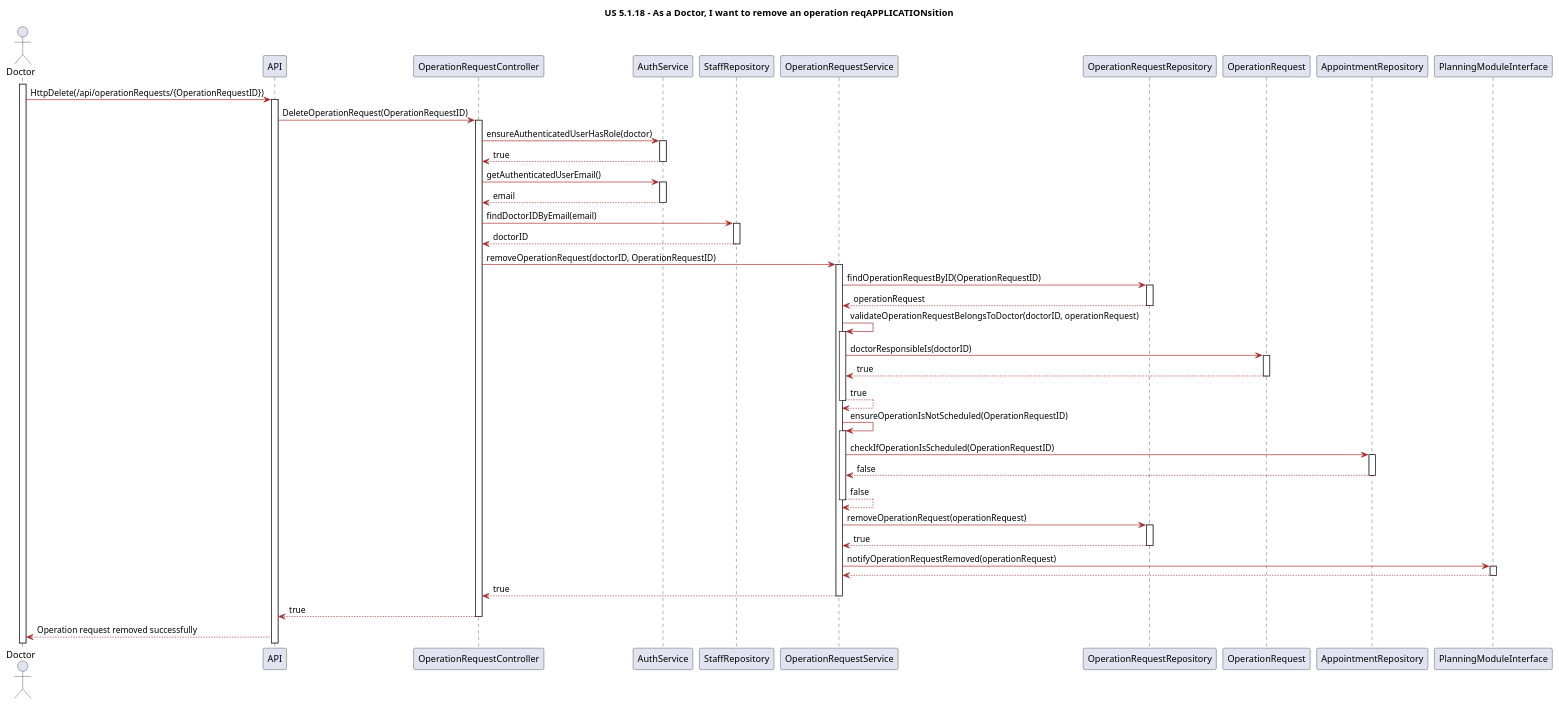
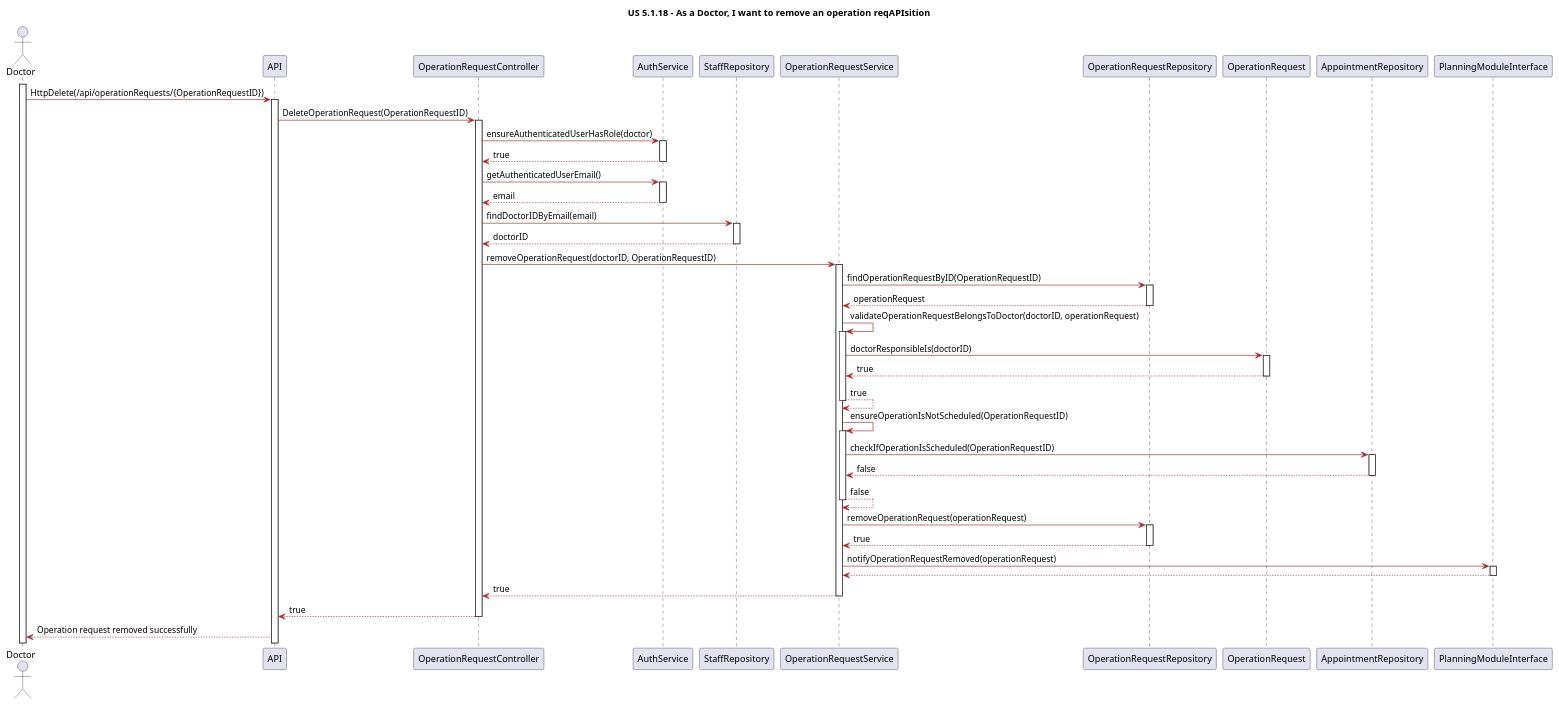
Before and after one commit to LAPR5-043/sem_5_24_25_043: the diagram in Docs/Sprint1/UserStories/LAPR5/us5118/design/puml/sequence-diagram.puml, drawn with PlantUML. The commit also changed 28 other files, not shown here.

```diff
--- a/Docs/Sprint1/UserStories/LAPR5/us5118/design/puml/sequence-diagram.puml
+++ b/Docs/Sprint1/UserStories/LAPR5/us5118/design/puml/sequence-diagram.puml
@@ -1,165 +1,165 @@
 @startuml
 
 
-title US 5.1.18 - As a Doctor, I want to remove an operation reqAPPLICATIONsition
+title US 5.1.18 - As a Doctor, I want to remove an operation reqAPIsition
 
 skinparam classAttributeIconSize 0
 
 skinparam class {
     LifeLineBorderColor DodgerBlue
-    LifeLineBackgroundColor APPLICATION
+    LifeLineBackgroundColor API
     BackgroundColor LemonChiffon
     ArrowColor Brown
     BorderColor SaddleBrown
 }
 
 skinparam packageStyle rectangle
 
 skinparam card {
     LifeLineBorderColor DodgerBlue
-    LifeLineBackgroundColor APPLICATION
+    LifeLineBackgroundColor API
     BackgroundColor LemonChiffon
     ArrowColor Brown
     BorderColor SaddleBrown
 }
 
 actor "Doctor" as Doctor
 
-participant "API" as APPLICATION
+participant "API" as API
 participant "OperationRequestController" as ORC
 participant "AuthService" as AS
 participant "StaffRepository" as SR
 participant "OperationRequestService" as ORS
 participant "OperationRequestRepository" as ORR
 participant "OperationRequest" as OR
 participant "AppointmentRepository" as AR
 participant "PlanningModuleInterface" as PMI
 
 
 activate Doctor
 
-Doctor -> APPLICATION: HttpDelete(/api/operationRequests/{OperationRequestID})
+Doctor -> API: HttpDelete(/api/operationRequests/{OperationRequestID})
 
-activate APPLICATION
+activate API
 
-APPLICATION -> ORC: DeleteOperationRequest(OperationRequestID)
+API -> ORC: DeleteOperationRequest(OperationRequestID)
 
 activate ORC
 
 ORC -> AS: ensureAuthenticatedUserHasRole(doctor)
 
 activate AS
 
 AS --> ORC: true
 
 deactivate AS
 
 ORC -> AS: getAuthenticatedUserEmail()
 
 activate AS
 
 AS --> ORC: email
 
 deactivate AS
 
 ORC -> SR: findDoctorIDByEmail(email)
 
 activate SR
 
 SR --> ORC: doctorID
 
 deactivate SR
 
 ORC -> ORS: removeOperationRequest(doctorID, OperationRequestID)
 
 activate ORS
 
 ORS -> ORR: findOperationRequestByID(OperationRequestID)
 
 activate ORR
 
 ORR --> ORS: operationRequest
 
 deactivate ORR
 
 ORS -> ORS: validateOperationRequestBelongsToDoctor(doctorID, operationRequest)
 
 activate ORS
 
 ORS -> OR: doctorResponsibleIs(doctorID)
 
 activate OR
 
 OR --> ORS: true
 
 deactivate OR
 
 ORS --> ORS: true
 
 deactivate ORS
 
 ORS -> ORS: ensureOperationIsNotScheduled(OperationRequestID)
 
 activate ORS
 
 ORS -> AR: checkIfOperationIsScheduled(OperationRequestID)
 
 activate AR
 
 AR --> ORS: false
 
 deactivate AR
 
 ORS --> ORS: false
 
 deactivate ORS
 
 ORS -> ORR: removeOperationRequest(operationRequest)
 
 activate ORR
 
 ORR --> ORS: true
 
 deactivate ORR
 
 ORS -> PMI: notifyOperationRequestRemoved(operationRequest)
 
 activate PMI
 
 PMI --> ORS:
 
 deactivate PMI
 
 ORS --> ORC: true
 
 deactivate ORS
 
-ORC --> APPLICATION: true
+ORC --> API: true
 
 deactivate ORC
 
-APPLICATION --> Doctor: Operation request removed successfully
+API --> Doctor: Operation request removed successfully
 
 
 
 
 
 
 
 
 
 
 
 
 
 
 
 
 
 
 
 
 
 
 
 @enduml
```
